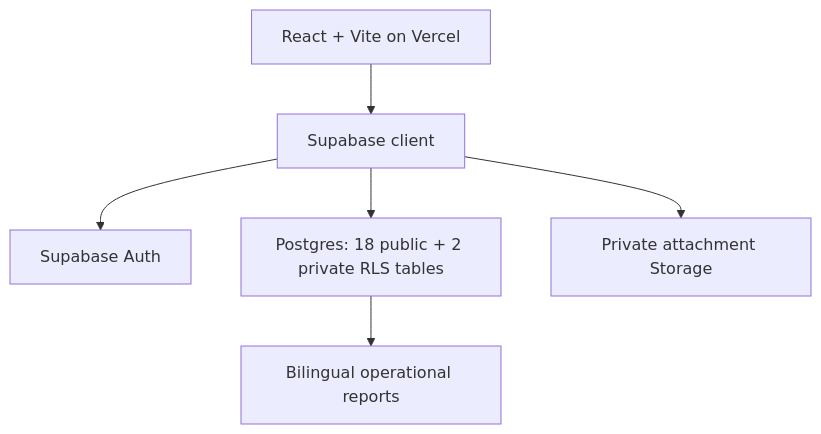
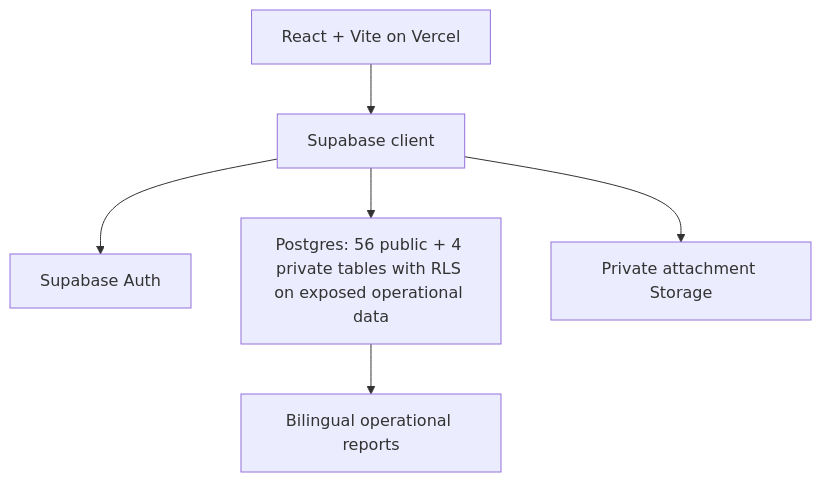
One commit to edificadigitalteam/edificadigital changed the first of 2 diagrams in docs/ARCHITECTURE.md. Above: the diagram before and after it, drawn with Mermaid. The commit also changed other lines of this file and 14 other files, not shown here.

````diff
--- a/docs/ARCHITECTURE.md
+++ b/docs/ARCHITECTURE.md
@@ -20,8 +21,8 @@
 ```mermaid
 flowchart TD
     A["React + Vite on Vercel"] --> B["Supabase client"]
     B --> C["Supabase Auth"]
-    B --> D["Postgres: 18 public + 2 private RLS tables"]
+    B --> D["Postgres: 56 public + 4 private tables with RLS on exposed operational data"]
     B --> E["Private attachment Storage"]
     D --> F["Bilingual operational reports"]
 ```
````
